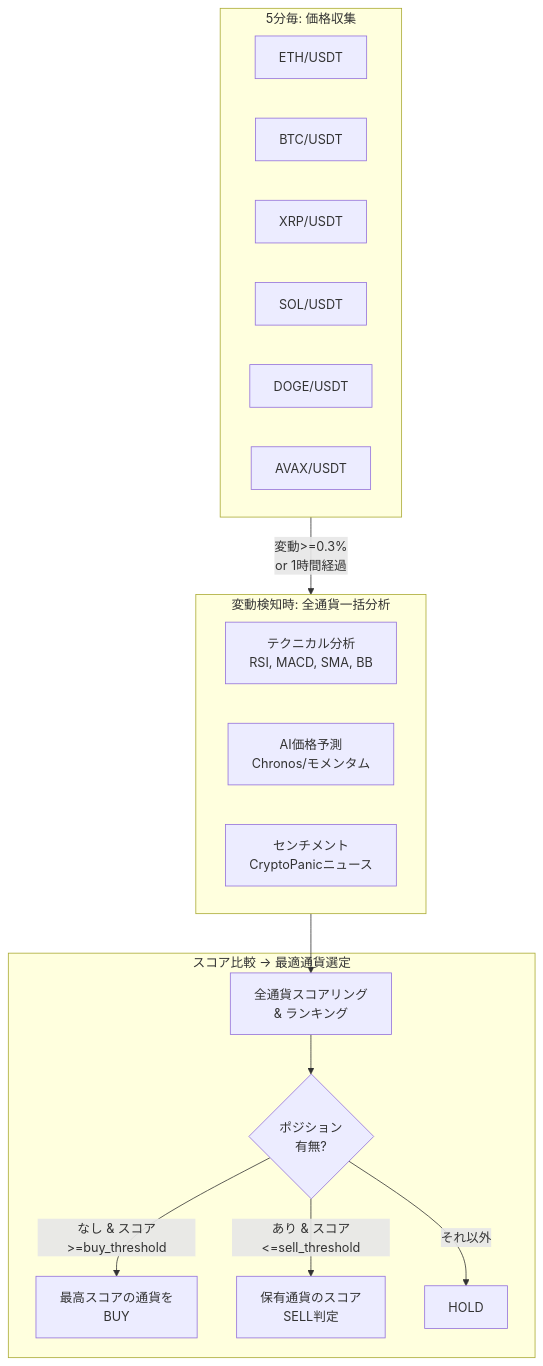
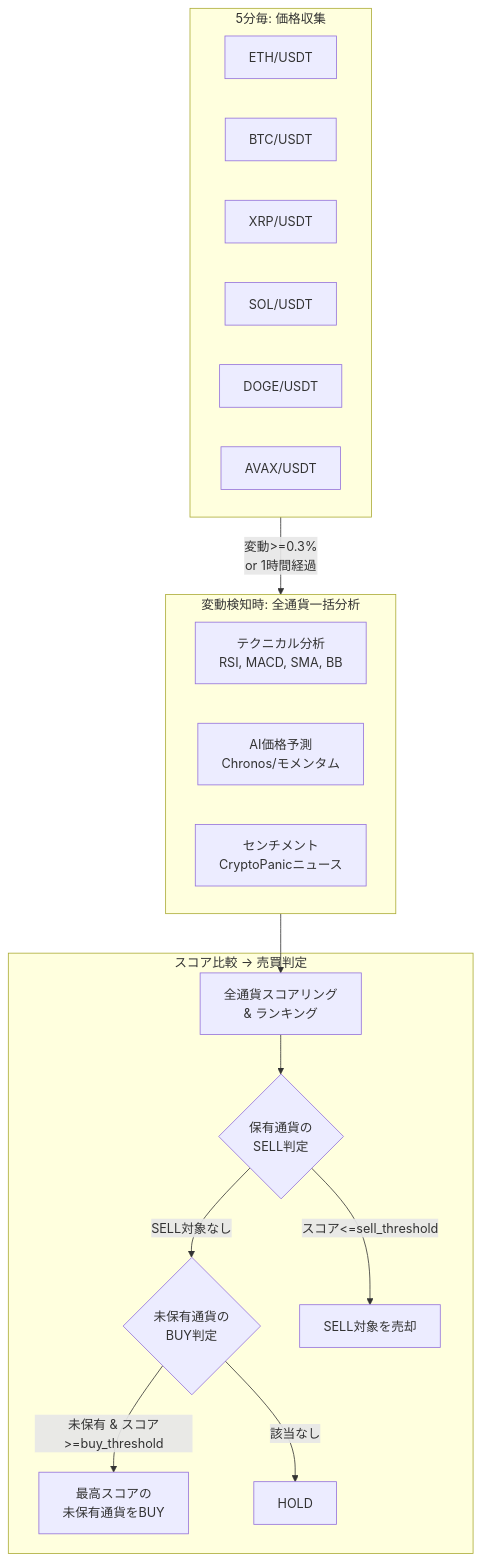
The diagram in docs/trading-strategy.md (kiikun0530/crypto-trader), drawn with Mermaid before and after one commit. The commit also changed other lines of this file and 2 other files, not shown here.

````diff
--- a/docs/trading-strategy.md
+++ b/docs/trading-strategy.md
@@ -9,27 +9,29 @@
 ```mermaid
 flowchart TD
     subgraph 収集["5分毎: 価格収集"]
         P1["ETH/USDT"] & P2["BTC/USDT"] & P3["XRP/USDT"] & P4["SOL/USDT"] & P5["DOGE/USDT"] & P6["AVAX/USDT"]
     end
 
     subgraph 分析["変動検知時: 全通貨一括分析"]
         A1["テクニカル分析<br/>RSI, MACD, SMA, BB"]
         A2["AI価格予測<br/>Chronos/モメンタム"]
         A3["センチメント<br/>CryptoPanicニュース"]
     end
 
-    subgraph 判定["スコア比較 → 最適通貨選定"]
+    subgraph 判定["スコア比較 → 売買判定"]
         S["全通貨スコアリング<br/>& ランキング"]
-        D{"ポジション<br/>有無?"}
-        BUY["最高スコアの通貨を<br/>BUY"]
-        SELL["保有通貨のスコア<br/>SELL判定"]
+        SELL_CHK{"保有通貨の<br/>SELL判定"}
+        BUY_CHK{"未保有通貨の<br/>BUY判定"}
+        SELL["SELL対象を売却"]
+        BUY["最高スコアの<br/>未保有通貨をBUY"]
         HOLD["HOLD"]
     end
 
     収集 -->|"変動>=0.3%<br/>or 1時間経過"| 分析
     分析 --> S
-    S --> D
-    D -->|"なし & スコア>=buy_threshold"| BUY
-    D -->|"あり & スコア<=sell_threshold"| SELL
-    D -->|"それ以外"| HOLD
+    S --> SELL_CHK
+    SELL_CHK -->|"スコア<=sell_threshold"| SELL
+    SELL_CHK -->|"SELL対象なし"| BUY_CHK
+    BUY_CHK -->|"未保有 & スコア>=buy_threshold"| BUY
+    BUY_CHK -->|"該当なし"| HOLD
 ```
````
